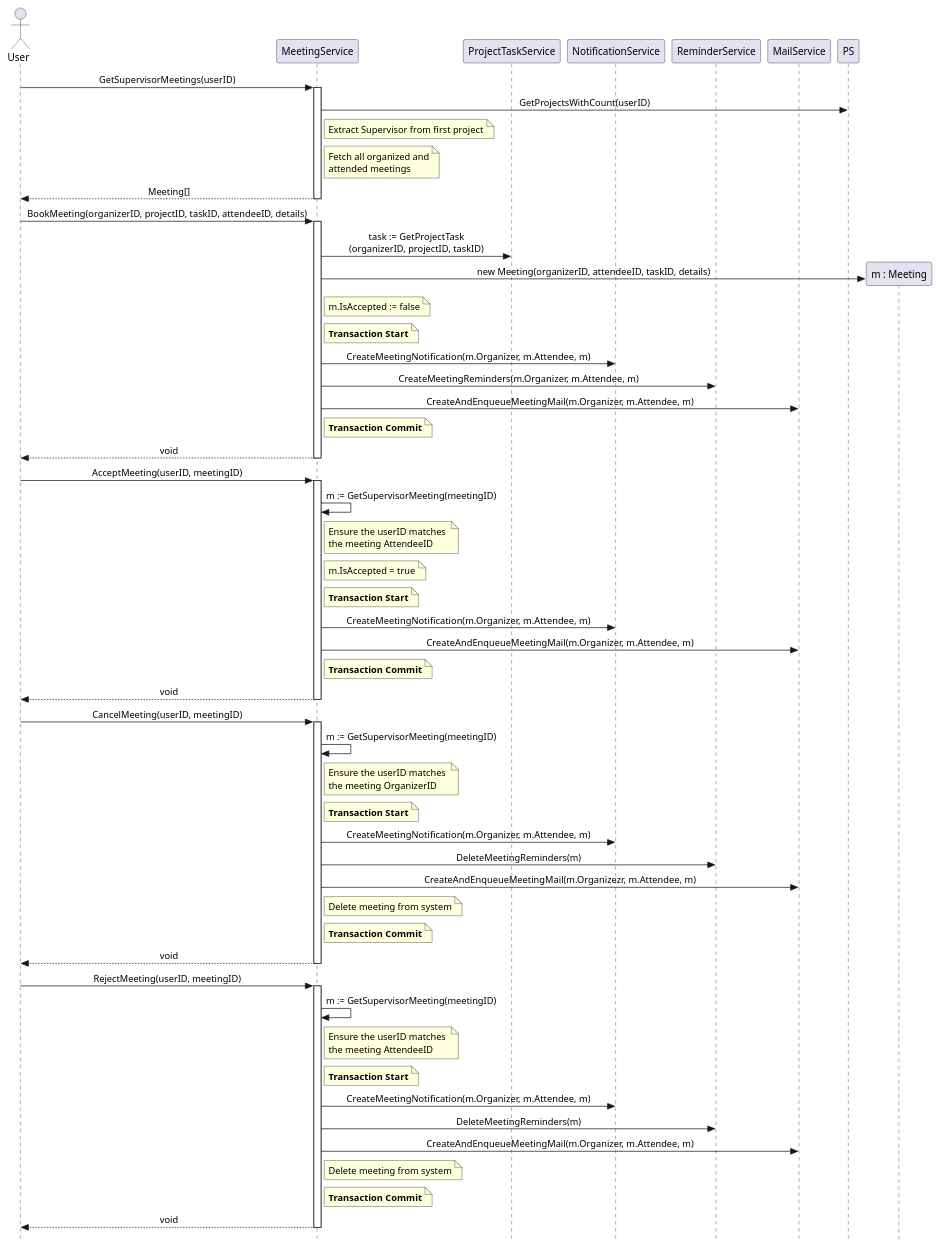
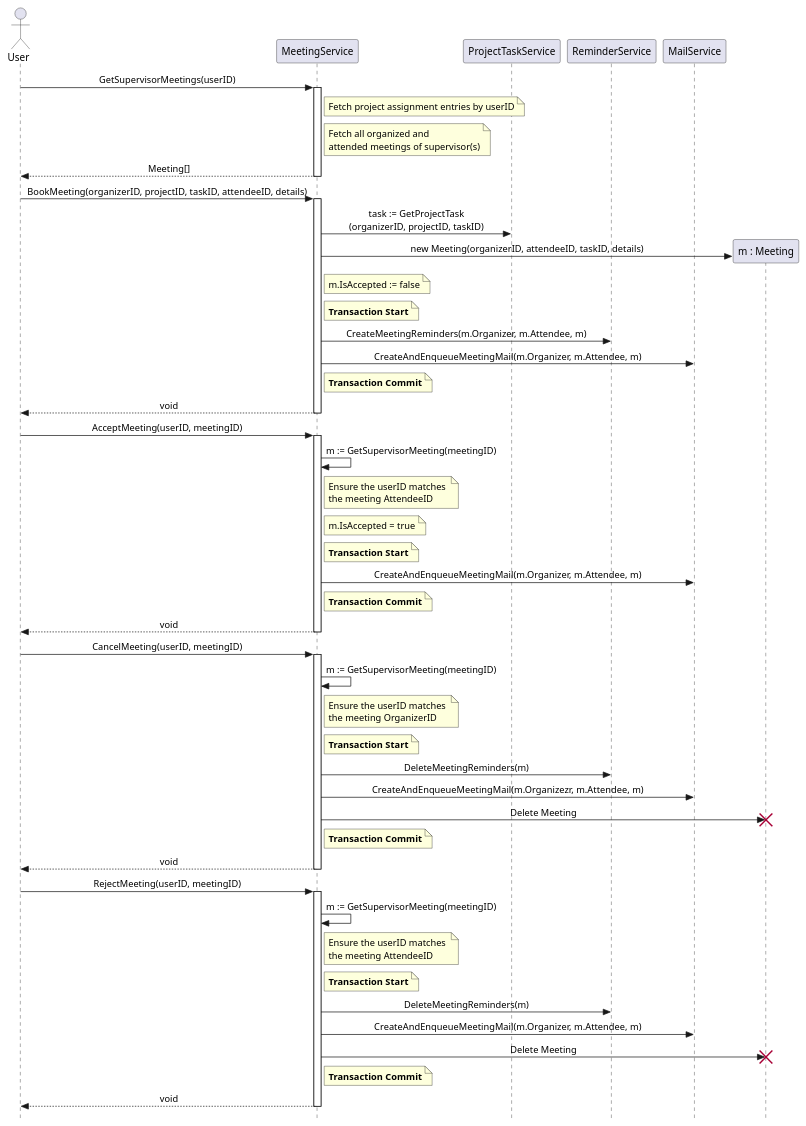
Before and after one commit to Beginner50/Dissertation: the diagram in UML/Sequence Diagrams/Meeting Management.plantuml, drawn with PlantUML. The commit also changed 269 other files, not shown here.

```diff
--- a/UML/Sequence Diagrams/Meeting Management.plantuml
+++ b/UML/Sequence Diagrams/Meeting Management.plantuml
@@ -1,100 +1,99 @@
 @startuml
 skinparam Style strictuml
 skinparam SequenceMessageAlignment center
 
 actor User
 participant "MeetingService" as MS
 participant "ProjectTaskService" as PTS
-participant "NotificationService" as NS
 participant "ReminderService" as RS
 participant "MailService" as MLS
 
 User -> MS : GetSupervisorMeetings(userID)
 activate MS
-    MS -> PS : GetProjectsWithCount(userID)
-    note right of MS : Extract Supervisor from first project
-    
+    note right of MS
+      Fetch project assignment entries by userID
+    end note
+
     note right of MS
       Fetch all organized and
-      attended meetings
+      attended meetings of supervisor(s)
     end note
     
     MS --> User : Meeting[]
 deactivate MS
 
 User -> MS : BookMeeting(organizerID, projectID, taskID, attendeeID, details)
 activate MS
     MS -> PTS : task := GetProjectTask\n(organizerID, projectID, taskID)
     
     create participant "m : Meeting" as M
     MS -> M : new Meeting(organizerID, attendeeID, taskID, details)
     note right of MS : m.IsAccepted := false
     
     note right of MS : **Transaction Start**
-    MS -> NS : CreateMeetingNotification(m.Organizer, m.Attendee, m)
     MS -> RS : CreateMeetingReminders(m.Organizer, m.Attendee, m)
     MS -> MLS : CreateAndEnqueueMeetingMail(m.Organizer, m.Attendee, m)
     note right of MS : **Transaction Commit**
     
     MS --> User : void
 deactivate MS
 
 User -> MS : AcceptMeeting(userID, meetingID)
 activate MS
     MS -> MS : m := GetSupervisorMeeting(meetingID)
     
     note right of MS
         Ensure the userID matches 
         the meeting AttendeeID
     end note
     
     note right of MS : m.IsAccepted = true
     note right of MS : **Transaction Start**
-    MS -> NS : CreateMeetingNotification(m.Organizer, m.Attendee, m)
     MS -> MLS : CreateAndEnqueueMeetingMail(m.Organizer, m.Attendee, m)
     note right of MS : **Transaction Commit**
     
     MS --> User : void
 deactivate MS
 
 User -> MS : CancelMeeting(userID, meetingID)
 activate MS
     MS -> MS : m := GetSupervisorMeeting(meetingID)
     
     note right of MS
         Ensure the userID matches 
         the meeting OrganizerID
     end note
     
+    create participant "m : Meeting" as M
     note right of MS : **Transaction Start**
-    MS -> NS : CreateMeetingNotification(m.Organizer, m.Attendee, m)
     MS -> RS : DeleteMeetingReminders(m)
     MS -> MLS : CreateAndEnqueueMeetingMail(m.Organizezr, m.Attendee, m)
+    MS -> M : Delete Meeting
+    destroy M
     
-    note right of MS : Delete meeting from system
     note right of MS : **Transaction Commit**
     
     MS --> User : void
 deactivate MS
 
 User -> MS : RejectMeeting(userID, meetingID)
 activate MS
     MS -> MS : m := GetSupervisorMeeting(meetingID)
     
     note right of MS
         Ensure the userID matches 
         the meeting AttendeeID
     end note
     
+    create participant "m : Meeting" as M
     note right of MS : **Transaction Start**
-    MS -> NS : CreateMeetingNotification(m.Organizer, m.Attendee, m)
     MS -> RS : DeleteMeetingReminders(m)
     MS -> MLS : CreateAndEnqueueMeetingMail(m.Organizer, m.Attendee, m)
-    
-    note right of MS : Delete meeting from system
+    MS -> M : Delete Meeting
+    destroy M
     note right of MS : **Transaction Commit**
     
     MS --> User : void
 deactivate MS
 
 @enduml
```
